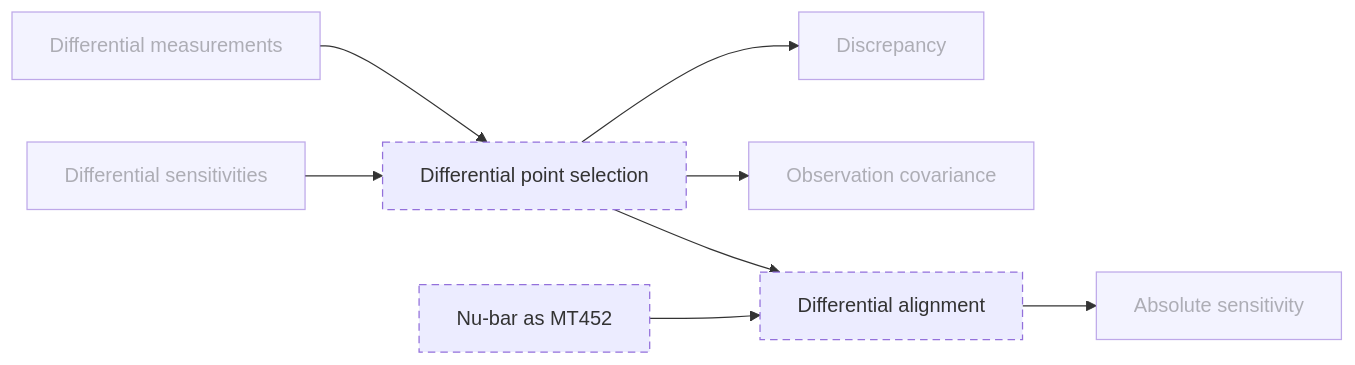
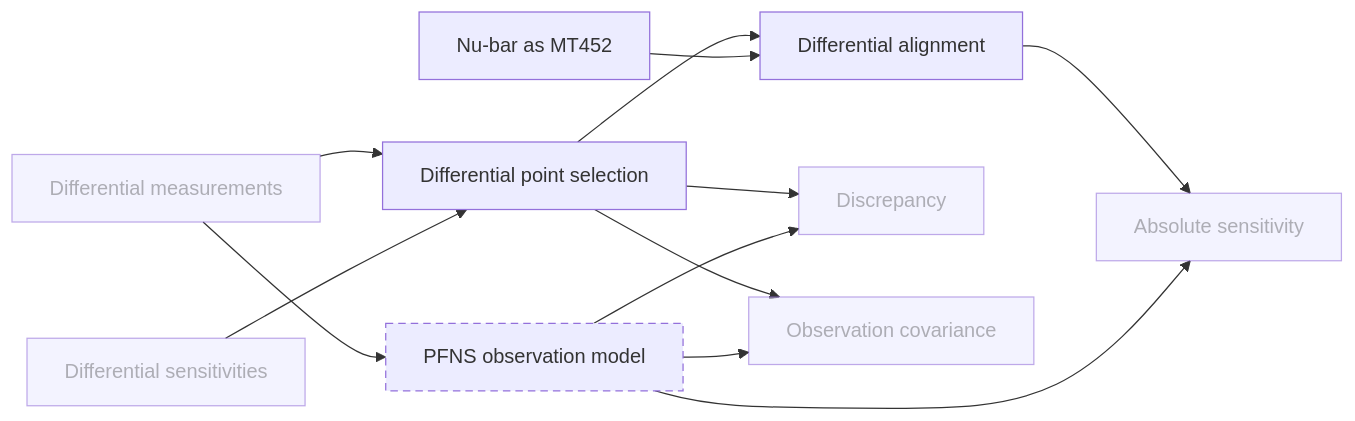
The sixth of 10 diagrams in DBC/CONCEPTS.md (aurja130/WPEC_SG52), drawn with Mermaid before and after one commit. The commit also changed other lines of this file and 12 other files, not shown here.

````diff
--- a/DBC/CONCEPTS.md
+++ b/DBC/CONCEPTS.md
@@ -300,19 +298,22 @@
 ```mermaid
 flowchart LR
   DifferentialSet["Differential measurements"]
   DifferentialSensitivities["Differential sensitivities"]
   DifferentialSelection["Differential point selection"]
   NubarAsTotal["Nu-bar as MT452"]
   DifferentialAlignment["Differential alignment"]
   Discrepancy["Discrepancy"]
   AbsoluteSensitivity["Absolute sensitivity"]
   ObservationCovariance["Observation covariance"]
+  PfnsObservationModel["PFNS observation model"]
   DifferentialSet & DifferentialSensitivities --> DifferentialSelection
   DifferentialSelection --> Discrepancy & ObservationCovariance
   DifferentialSelection & NubarAsTotal --> DifferentialAlignment
   DifferentialAlignment --> AbsoluteSensitivity
+  DifferentialSet --> PfnsObservationModel
+  PfnsObservationModel --> Discrepancy & AbsoluteSensitivity & ObservationCovariance
   classDef planned stroke-dasharray: 6 4
   classDef external opacity: 0.6
-  class DifferentialSelection,NubarAsTotal,DifferentialAlignment planned
+  class PfnsObservationModel planned
   class DifferentialSet,DifferentialSensitivities,Discrepancy,AbsoluteSensitivity,ObservationCovariance external
 ```
````
